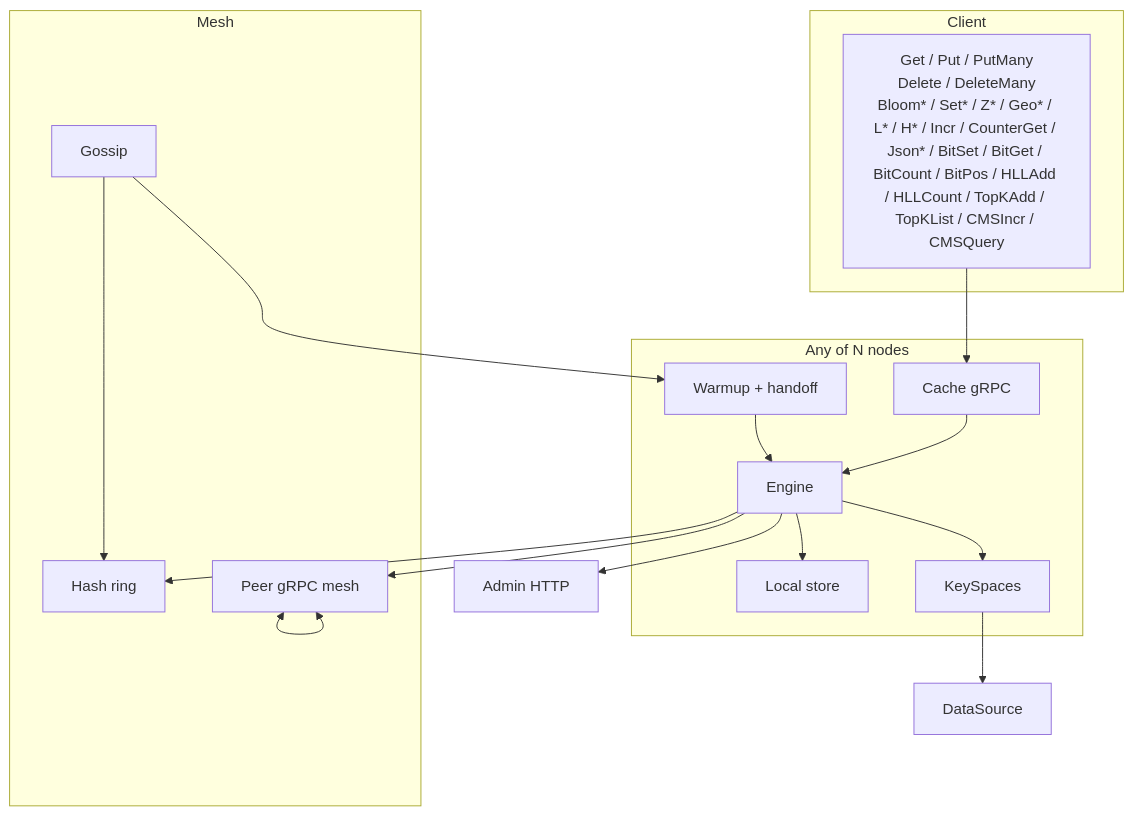
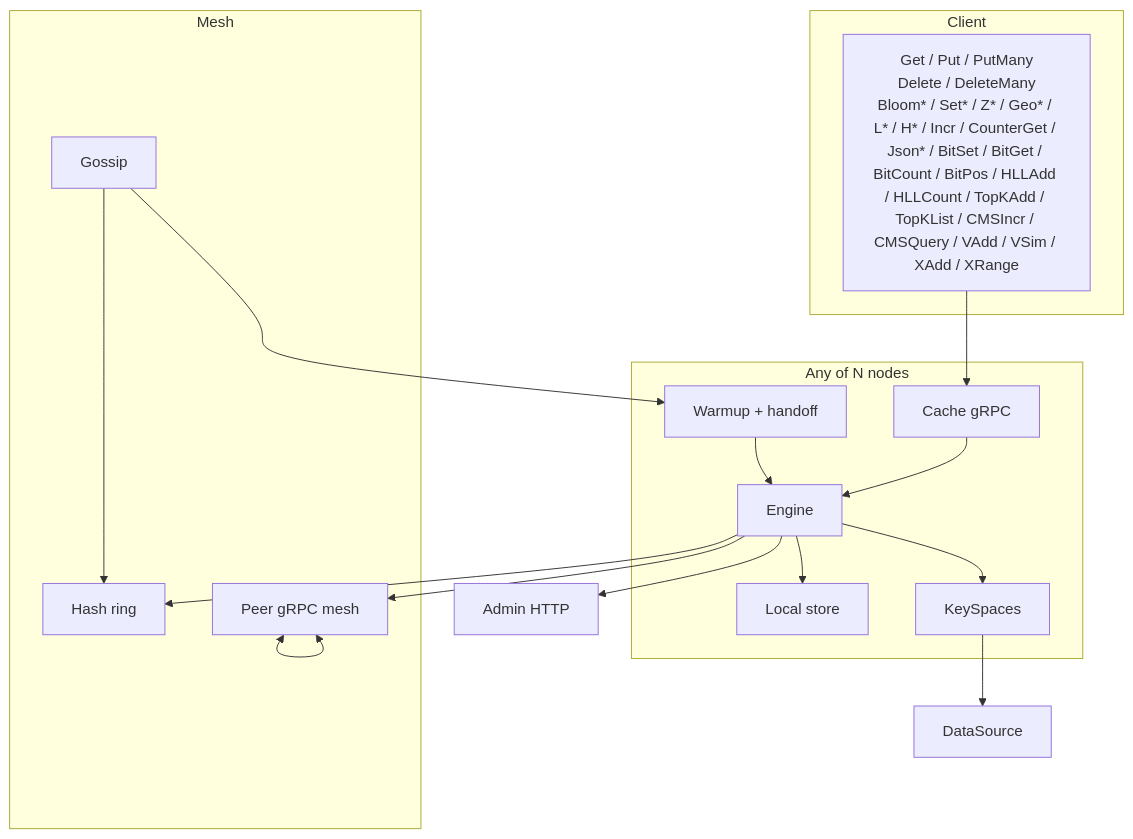
Before and after one commit to Code0987/supercache: diagram 16 of 18 in docs/CLUSTER_FLOWS.md, drawn with Mermaid. The commit also changed other lines of this file and 49 other files, not shown here.

````diff
--- a/docs/CLUSTER_FLOWS.md
+++ b/docs/CLUSTER_FLOWS.md
@@ -352,34 +353,34 @@
 ```mermaid
 flowchart TB
   subgraph Client
-    OPS["Get / Put / PutMany<br/>Delete / DeleteMany<br/>Bloom* / Set* / Z* / Geo* / L* / H* / Incr / CounterGet / Json* / BitSet / BitGet / BitCount / BitPos / HLLAdd / HLLCount / TopKAdd / TopKList / CMSIncr / CMSQuery"]
+    OPS["Get / Put / PutMany<br/>Delete / DeleteMany<br/>Bloom* / Set* / Z* / Geo* / L* / H* / Incr / CounterGet / Json* / BitSet / BitGet / BitCount / BitPos / HLLAdd / HLLCount / TopKAdd / TopKList / CMSIncr / CMSQuery / VAdd / VSim / XAdd / XRange"]
   end
 
   subgraph Node["Any of N nodes"]
     CG["Cache gRPC"]
     EN["Engine"]
     ST["Local store"]
     KS["KeySpaces"]
     WM["Warmup + handoff"]
   end
 
   subgraph Mesh
     RING["Hash ring"]
     PG["Peer gRPC mesh"]
     GOS["Gossip"]
   end
 
   DS["DataSource"]
   ADM["Admin HTTP"]
 
   OPS --> CG --> EN
   EN --> ST
   EN --> KS
   EN --> RING
   EN --> PG
   KS --> DS
   GOS --> RING
   GOS --> WM --> EN
   EN --> ADM
   PG <--> PG
 ```
````
